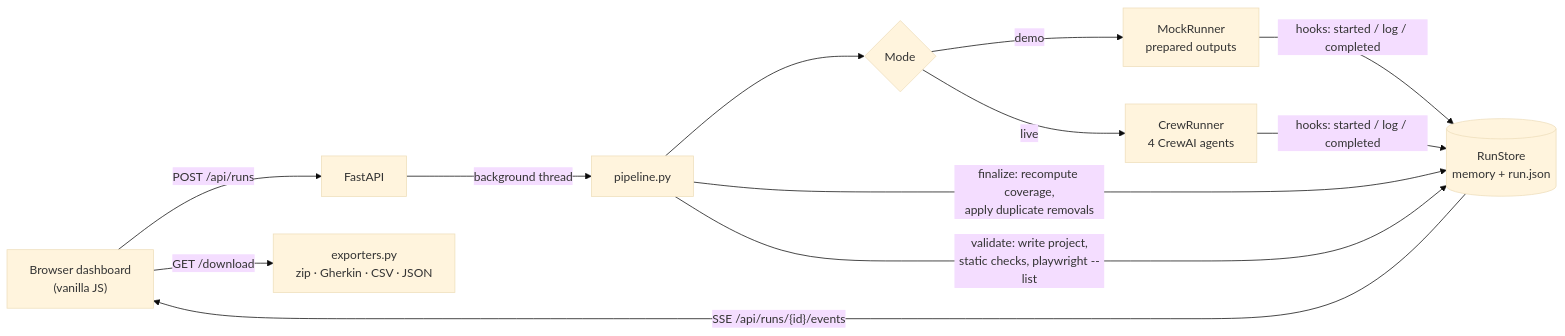
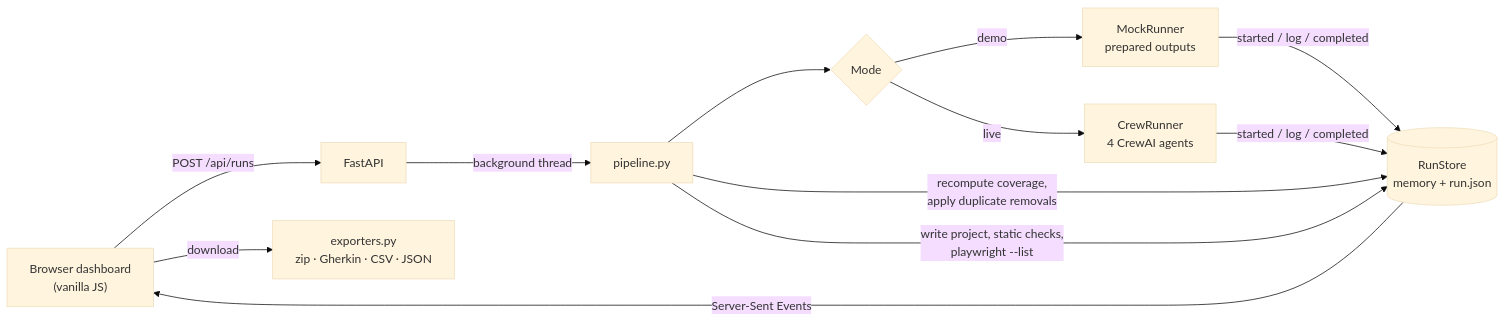
The diagram in README.md (Prashasthi-18/Req2Test), drawn with Mermaid (base theme) before and after one commit. The commit also changed other lines of this file and 14 other files, not shown here.

````diff
--- a/README.md
+++ b/README.md
@@ -230,13 +196,13 @@
 ```mermaid
 flowchart LR
     UI["Browser dashboard<br/>(vanilla JS)"] -- "POST /api/runs" --> API["FastAPI"]
     API -- "background thread" --> P["pipeline.py"]
     P --> R{"Mode"}
     R -- demo --> M["MockRunner<br/>prepared outputs"]
     R -- live --> C["CrewRunner<br/>4 CrewAI agents"]
-    M & C -- "hooks: started / log / completed" --> S[("RunStore<br/>memory + run.json")]
-    P -- "finalize: recompute coverage,<br/>apply duplicate removals" --> S
-    P -- "validate: write project,<br/>static checks, playwright --list" --> S
-    S -- "SSE /api/runs/{id}/events" --> UI
-    UI -- "GET /download" --> E["exporters.py<br/>zip · Gherkin · CSV · JSON"]
+    M & C -- "started / log / completed" --> S[("RunStore<br/>memory + run.json")]
+    P -- "recompute coverage,<br/>apply duplicate removals" --> S
+    P -- "write project, static checks,<br/>playwright --list" --> S
+    S -- "Server-Sent Events" --> UI
+    UI -- "download" --> E["exporters.py<br/>zip · Gherkin · CSV · JSON"]
 ```
````
